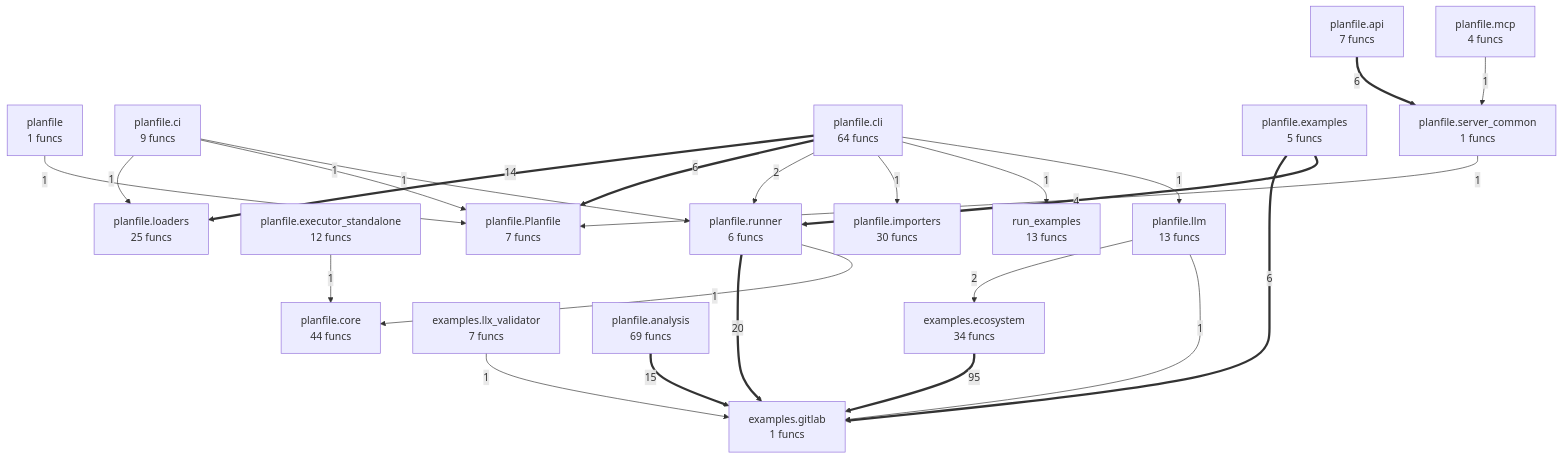
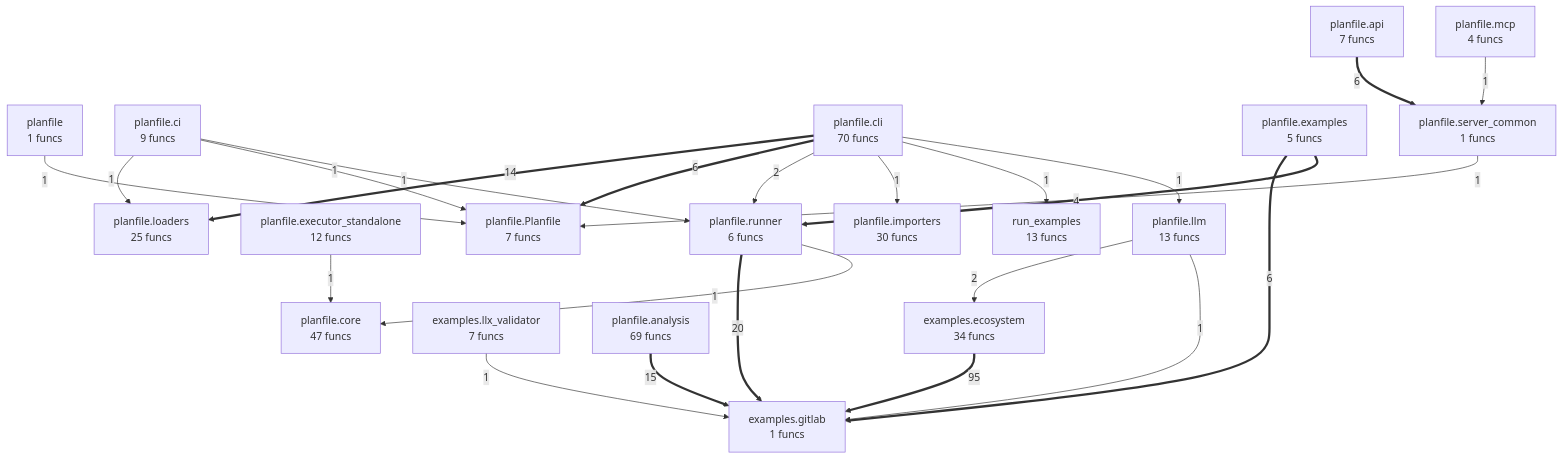
Before and after one commit to semcod/planfile: the diagram in project/compact_flow.mmd, drawn with Mermaid. The commit also changed 26 other files, not shown here.

```diff
--- a/project/compact_flow.mmd
+++ b/project/compact_flow.mmd
@@ -1,43 +1,43 @@
 flowchart TD
     examples__ecosystem["examples.ecosystem<br/>34 funcs"]
     examples__gitlab["examples.gitlab<br/>1 funcs"]
     examples__llx_validator["examples.llx_validator<br/>7 funcs"]
     planfile["planfile<br/>1 funcs"]
     planfile__Planfile["planfile.Planfile<br/>7 funcs"]
     planfile__analysis["planfile.analysis<br/>69 funcs"]
     planfile__api["planfile.api<br/>7 funcs"]
     planfile__ci["planfile.ci<br/>9 funcs"]
-    planfile__cli["planfile.cli<br/>64 funcs"]
-    planfile__core["planfile.core<br/>44 funcs"]
+    planfile__cli["planfile.cli<br/>70 funcs"]
+    planfile__core["planfile.core<br/>47 funcs"]
     planfile__examples["planfile.examples<br/>5 funcs"]
     planfile__executor_standalone["planfile.executor_standalone<br/>12 funcs"]
     planfile__importers["planfile.importers<br/>30 funcs"]
     planfile__llm["planfile.llm<br/>13 funcs"]
     planfile__loaders["planfile.loaders<br/>25 funcs"]
     planfile__mcp["planfile.mcp<br/>4 funcs"]
     planfile__runner["planfile.runner<br/>6 funcs"]
     planfile__server_common["planfile.server_common<br/>1 funcs"]
     run_examples["run_examples<br/>13 funcs"]
     examples__ecosystem ==>|95| examples__gitlab
     planfile__runner ==>|20| examples__gitlab
     planfile__analysis ==>|15| examples__gitlab
     planfile__cli ==>|14| planfile__loaders
     planfile__examples ==>|6| examples__gitlab
+    planfile__api ==>|6| planfile__server_common
     planfile__cli ==>|6| planfile__Planfile
-    planfile__api ==>|6| planfile__server_common
     planfile__examples ==>|4| planfile__runner
     planfile__llm -->|2| examples__ecosystem
     planfile__cli -->|2| planfile__runner
+    examples__llx_validator -->|1| examples__gitlab
     planfile__server_common -->|1| planfile__Planfile
-    examples__llx_validator -->|1| examples__gitlab
     planfile -->|1| planfile__Planfile
     planfile__runner -->|1| planfile__core
     planfile__executor_standalone -->|1| planfile__core
     planfile__ci -->|1| planfile__loaders
     planfile__ci -->|1| planfile__Planfile
     planfile__ci -->|1| planfile__runner
     planfile__llm -->|1| examples__gitlab
+    planfile__mcp -->|1| planfile__server_common
     planfile__cli -->|1| planfile__importers
     planfile__cli -->|1| run_examples
     planfile__cli -->|1| planfile__llm
-    planfile__mcp -->|1| planfile__server_common
```
